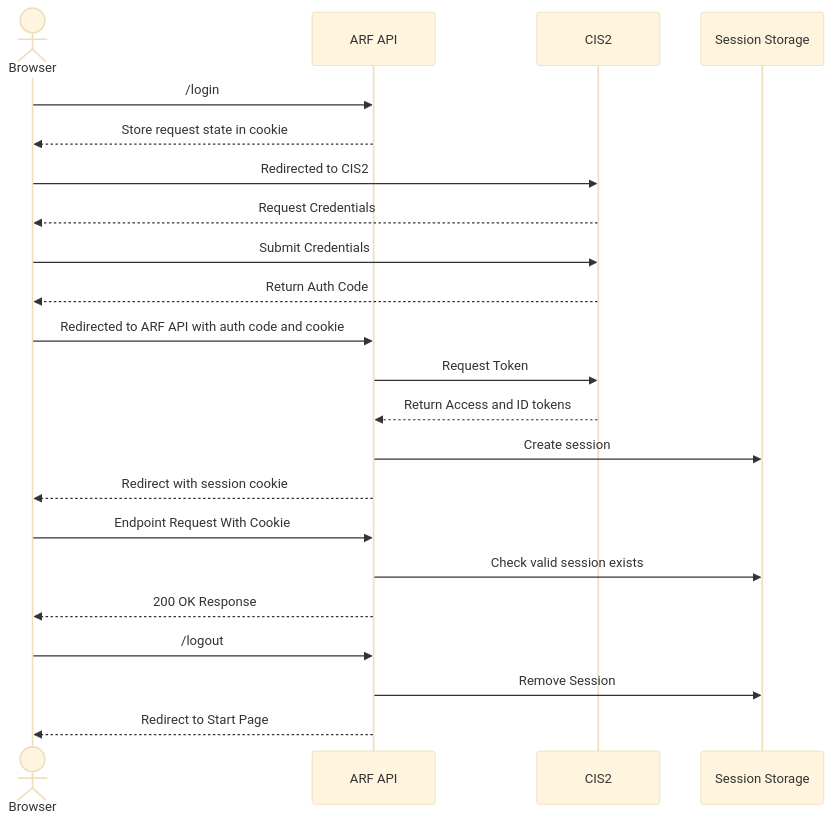
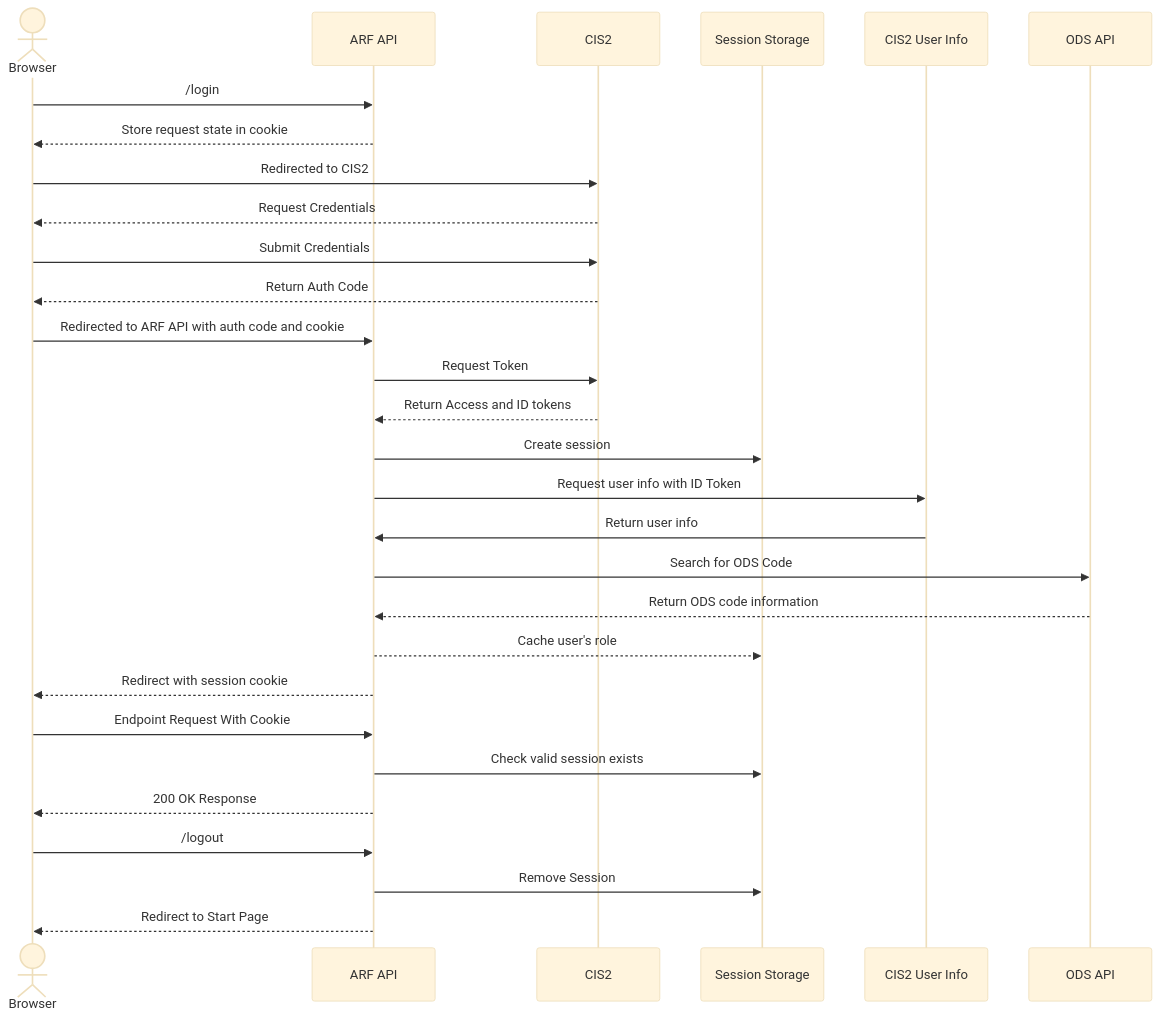
Before and after one commit to nhsconnect/document-store-prototype: the second of 3 diagrams in docs/diagrams/sequence/auth.md, drawn with Mermaid (base theme).

Commit message:
[PRMT-2806] Update mermaid diagram to include calls to user info and ODS endpoints to implement RBAC.

````diff
--- a/docs/diagrams/sequence/auth.md
+++ b/docs/diagrams/sequence/auth.md
@@ -39,21 +39,26 @@
 ```mermaid
 sequenceDiagram
     actor Browser
     Browser ->> ARF API : /login
     ARF API -->> Browser: Store request state in cookie
     Browser ->> CIS2 : Redirected to CIS2
     CIS2 -->> Browser  : Request Credentials
     Browser ->> CIS2 : Submit Credentials
     CIS2 -->> Browser : Return Auth Code
     Browser ->> ARF API: Redirected to ARF API with auth code and cookie 
     ARF API ->> CIS2 : Request Token
     CIS2 -->> ARF API : Return Access and ID tokens
     ARF API ->> Session Storage : Create session
+    ARF API ->> CIS2 User Info : Request user info with ID Token
+    CIS2 User Info ->> ARF API : Return user info
+    ARF API ->> ODS API : Search for ODS Code
+    ODS API -->> ARF API : Return ODS code information
+    ARF API -->> Session Storage : Cache user's role 
     ARF API -->> Browser : Redirect with session cookie
     Browser ->> ARF API : Endpoint Request With Cookie
     ARF API ->> Session Storage : Check valid session exists
     ARF API -->> Browser : 200 OK Response
     Browser ->> ARF API : /logout
     ARF API ->> Session Storage : Remove Session
     ARF API -->> Browser : Redirect to Start Page
 ```
````
